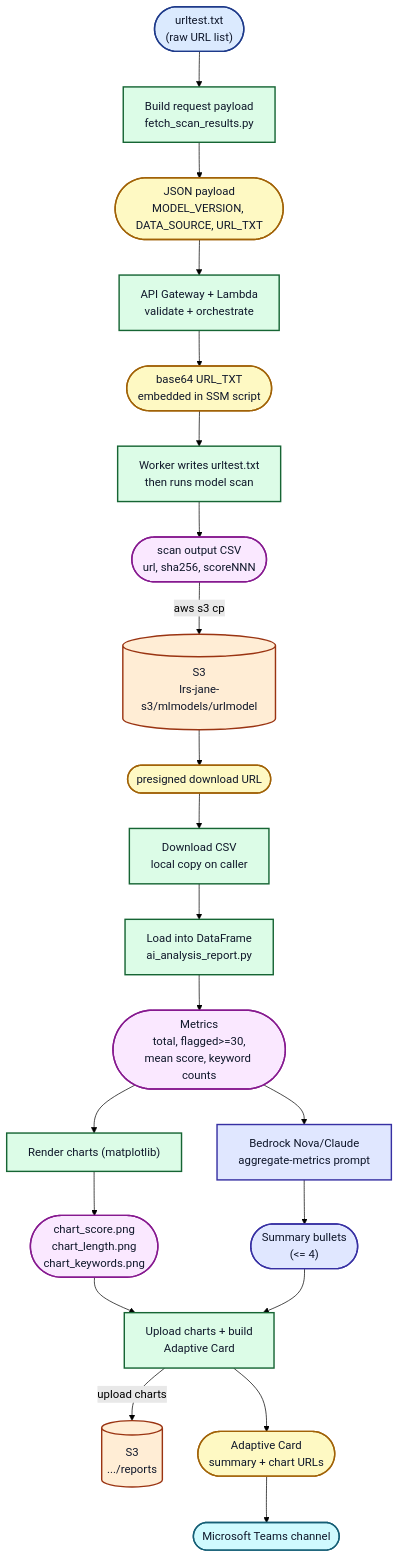
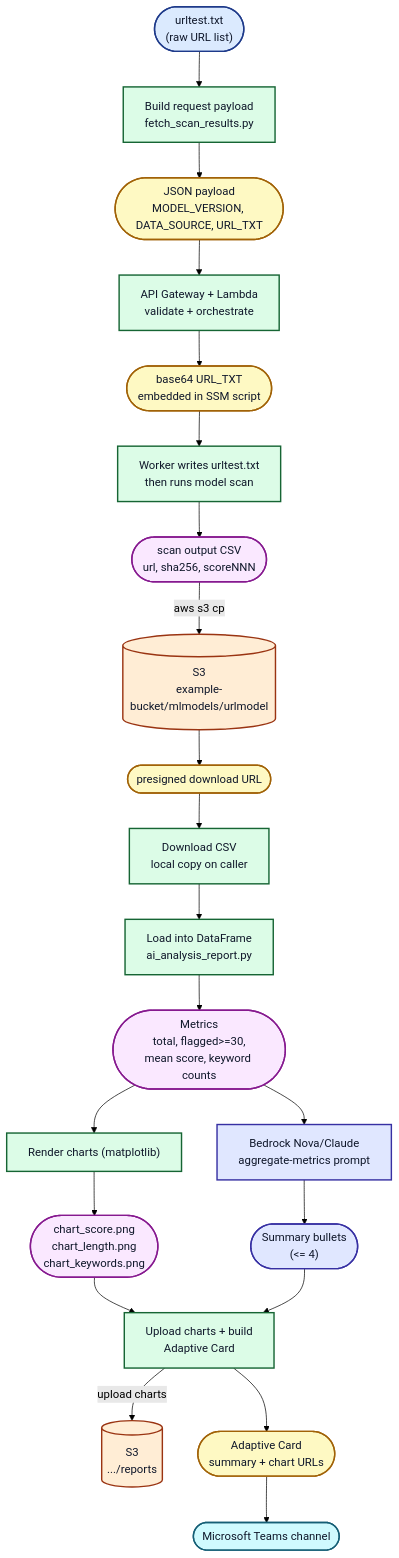
The diagram in docs/data-workflow.md (juanchencs/ai-urlmodel-scanning-orchestrator), drawn with Mermaid (forest theme) before and after one commit. The commit also changed 15 other files, not shown here.

````diff
--- a/docs/data-workflow.md
+++ b/docs/data-workflow.md
@@ -12,45 +12,45 @@
 ```mermaid
 flowchart TB
     classDef input fill:#dbeafe,stroke:#1e3a8a,stroke-width:2px,color:#0f172a;
     classDef process fill:#dcfce7,stroke:#166534,stroke-width:2px,color:#0f172a;
     classDef payload fill:#fef9c3,stroke:#a16207,stroke-width:2px,color:#0f172a;
     classDef data fill:#fae8ff,stroke:#86198f,stroke-width:2px,color:#0f172a;
     classDef store fill:#ffedd5,stroke:#9a3412,stroke-width:2px,color:#0f172a;
     classDef ai fill:#e0e7ff,stroke:#3730a3,stroke-width:2px,color:#0f172a;
     classDef output fill:#cffafe,stroke:#155e75,stroke-width:2px,color:#0f172a;
 
     D1(["urltest.txt<br/>(raw URL list)"]):::input
     P1["Build request payload<br/>fetch_scan_results.py"]:::process
     D2(["JSON payload<br/>MODEL_VERSION, DATA_SOURCE, URL_TXT"]):::payload
 
     P2["API Gateway + Lambda<br/>validate + orchestrate"]:::process
     D3(["base64 URL_TXT<br/>embedded in SSM script"]):::payload
     P3["Worker writes urltest.txt<br/>then runs model scan"]:::process
     D4(["scan output CSV<br/>url, sha256, scoreNNN"]):::data
 
-    S1[("S3<br/>lrs-jane-s3/mlmodels/urlmodel")]:::store
+    S1[("S3<br/>example-bucket/mlmodels/urlmodel")]:::store
     D5(["presigned download URL"]):::payload
     P4["Download CSV<br/>local copy on caller"]:::process
 
     P5["Load into DataFrame<br/>ai_analysis_report.py"]:::process
     D6(["Metrics<br/>total, flagged>=30,<br/>mean score, keyword counts"]):::data
     P6["Render charts (matplotlib)"]:::process
     D7(["chart_score.png<br/>chart_length.png<br/>chart_keywords.png"]):::data
 
     P7["Bedrock Nova/Claude<br/>aggregate-metrics prompt"]:::ai
     D8(["Summary bullets<br/>(<= 4)"]):::ai
 
     P8["Upload charts + build<br/>Adaptive Card"]:::process
     S2[("S3<br/>.../reports")]:::store
     D9(["Adaptive Card<br/>summary + chart URLs"]):::payload
     OUT(["Microsoft Teams channel"]):::output
 
     D1 --> P1 --> D2 --> P2 --> D3 --> P3 --> D4
     D4 -->|aws s3 cp| S1
     S1 --> D5 --> P4 --> P5 --> D6 --> P6 --> D7
     D6 --> P7 --> D8
     D7 --> P8
     D8 --> P8
     P8 -->|upload charts| S2
     P8 --> D9 --> OUT
 ```
````
